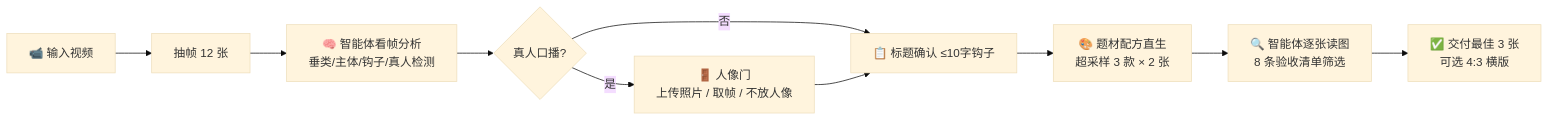
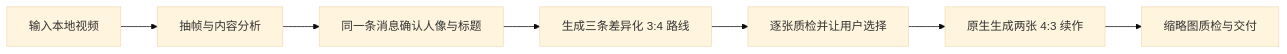
The diagram in README.md (joshzhao-ai/Josh-video-cover-skill), drawn with Mermaid (base theme) before and after one commit. The commit also changed other lines of this file and 66 other files, not shown here.

````diff
--- a/README.md
+++ b/README.md
@@ -48,12 +77,9 @@
 ```mermaid
 flowchart LR
-    A[📹 输入视频] --> B[抽帧 12 张]
-    B --> C[🧠 智能体看帧分析<br>垂类/主体/钩子/真人检测]
-    C --> D{真人口播?}
-    D -- 是 --> E[🚪 人像门<br>上传照片 / 取帧 / 不放人像]
-    D -- 否 --> F
-    E --> F[📋 标题确认 ≤10字钩子]
-    F --> G[🎨 题材配方直生<br>超采样 3 款 × 2 张]
-    G --> H[🔍 智能体逐张读图<br>8 条验收清单筛选]
-    H --> I[✅ 交付最佳 3 张<br>可选 4:3 横版]
+    A[输入本地视频] --> B[抽帧与内容分析]
+    B --> C[同一条消息确认人像与标题]
+    C --> D[生成三条差异化 3:4 路线]
+    D --> E[逐张质检并让用户选择]
+    E --> F[原生生成两张 4:3 续作]
+    F --> G[缩略图质检与交付]
 ```
````
